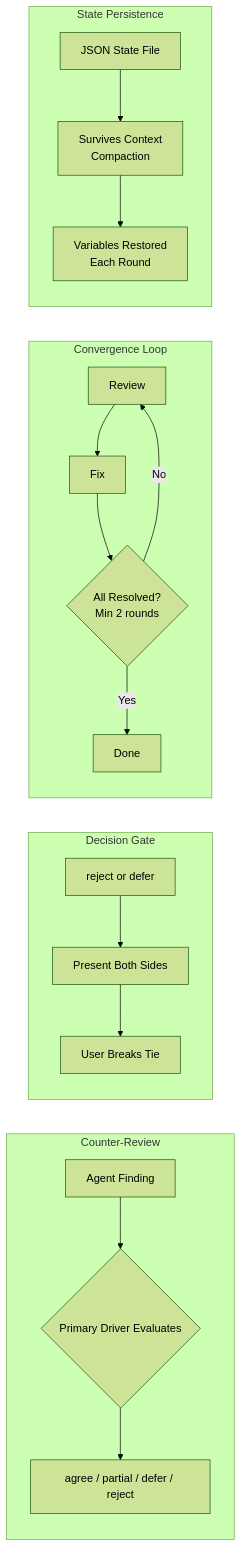
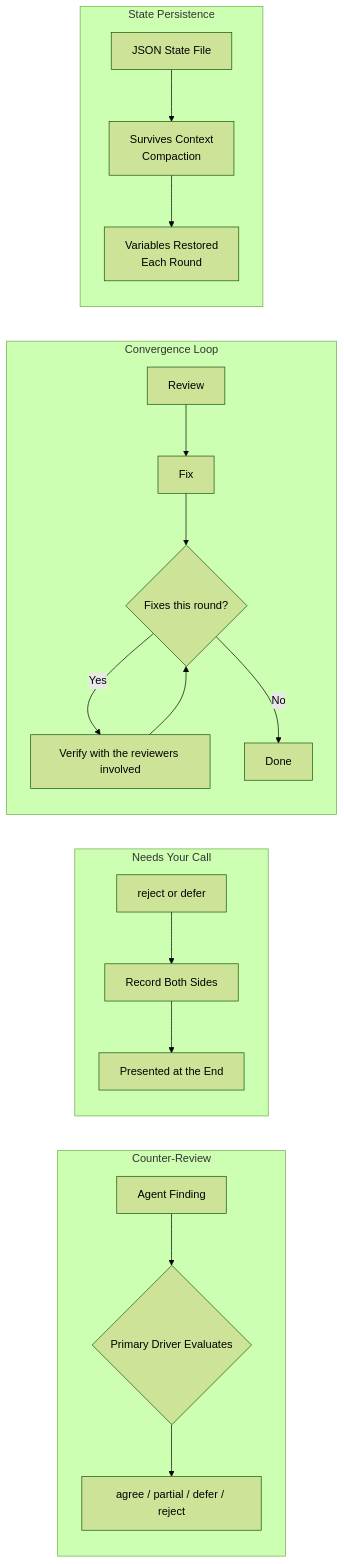
One commit to anbuneel/agentic-engineering changed the eighth of 8 diagrams in docs/SKILLS_GUIDE.md. Above: the diagram before and after it, drawn with Mermaid (forest theme). The commit also changed other lines of this file and 36 other files, not shown here.

````diff
--- a/docs/SKILLS_GUIDE.md
+++ b/docs/SKILLS_GUIDE.md
@@ -272,24 +259,25 @@
 ```mermaid
 graph LR
     subgraph "Counter-Review"
         CR1[Agent Finding] --> CR2{Primary Driver Evaluates}
         CR2 --> CR3[agree / partial / defer / reject]
     end
 
-    subgraph "Decision Gate"
-        DG1[reject or defer] --> DG2[Present Both Sides]
-        DG2 --> DG3[User Breaks Tie]
+    subgraph "Needs Your Call"
+        DG1[reject or defer] --> DG2[Record Both Sides]
+        DG2 --> DG3[Presented at the End]
     end
 
     subgraph "Convergence Loop"
         CL1[Review] --> CL2[Fix]
-        CL2 --> CL3{All Resolved?\nMin 2 rounds}
-        CL3 -- No --> CL1
-        CL3 -- Yes --> CL4[Done]
+        CL2 --> CL3{Fixes this round?}
+        CL3 -- Yes --> CL5[Verify with the reviewers involved]
+        CL5 --> CL3
+        CL3 -- No --> CL4[Done]
     end
 
     subgraph "State Persistence"
         SP1[JSON State File] --> SP2[Survives Context\nCompaction]
         SP2 --> SP3[Variables Restored\nEach Round]
     end
 ```
````
